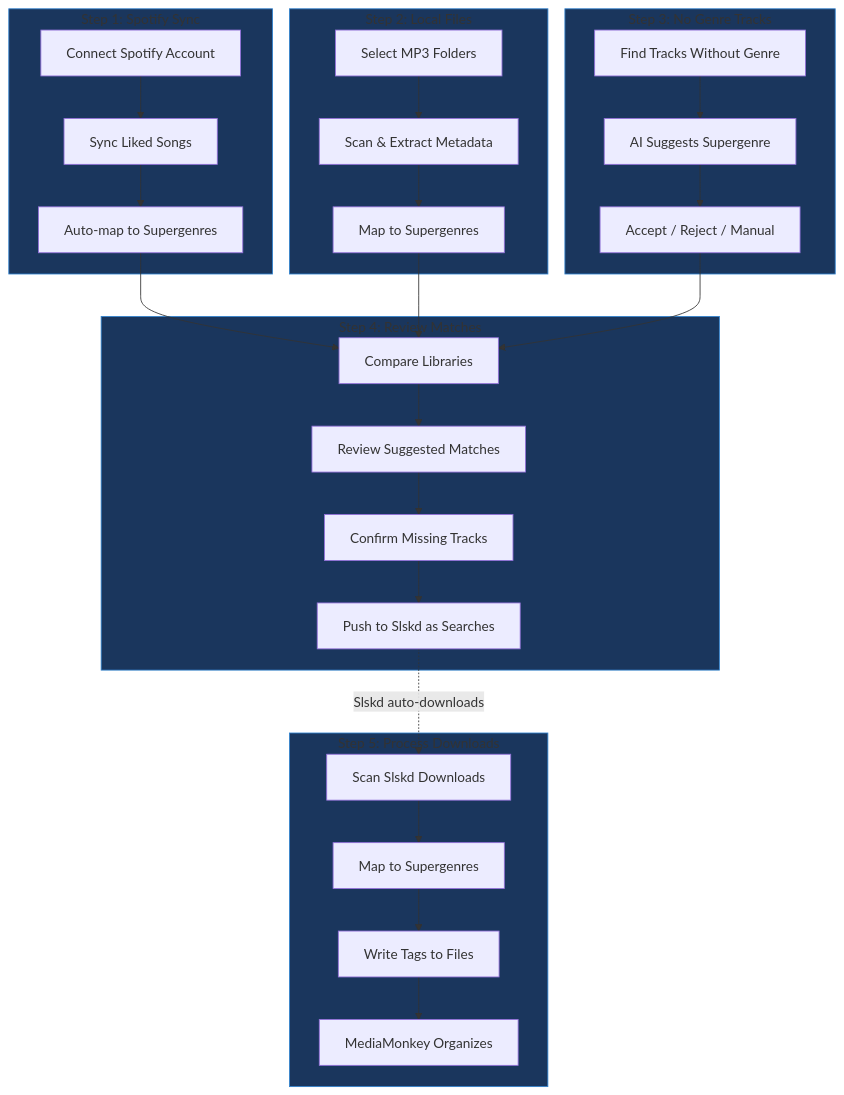
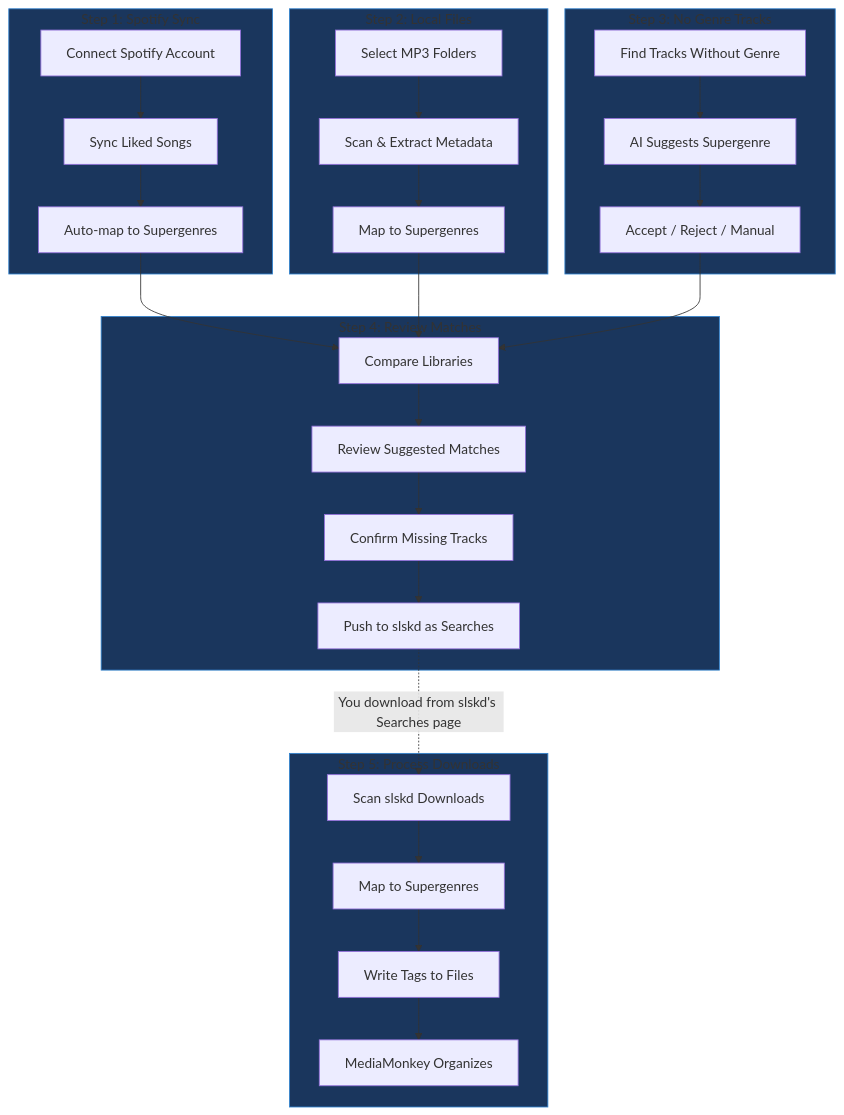
The diagram in docs/mako-sync-overview.md (gwherrett/mako-sync), drawn with Mermaid before and after one commit. The commit also changed other lines of this file and 9 other files, not shown here.

First line of the commit message:
MAK-217 Make the slskd reference the one place for setup and the push, and archive the old plan

````diff
--- a/docs/mako-sync-overview.md
+++ b/docs/mako-sync-overview.md
@@ -15,40 +15,40 @@
 ```mermaid
 flowchart TD
     subgraph step1["Step 1: Spotify Sync"]
         A[Connect Spotify Account] --> B[Sync Liked Songs]
         B --> C[Auto-map to Supergenres]
     end
 
     subgraph step2["Step 2: Local Files"]
         D[Select MP3 Folders] --> E[Scan & Extract Metadata]
         E --> F[Map to Supergenres]
     end
 
     subgraph step3["Step 3: No Genre Tracks"]
         G[Find Tracks Without Genre] --> H[AI Suggests Supergenre]
         H --> I[Accept / Reject / Manual]
     end
 
     subgraph step4["Step 4: Review Matches"]
         J[Compare Libraries] --> K[Review Suggested Matches]
         K --> K2[Confirm Missing Tracks]
-        K2 --> L[Push to Slskd as Searches]
+        K2 --> L[Push to slskd as Searches]
     end
 
     subgraph step5["Step 5: Process Downloads"]
-        M[Scan Slskd Downloads] --> N[Map to Supergenres]
+        M[Scan slskd Downloads] --> N[Map to Supergenres]
         N --> O[Write Tags to Files]
         O --> P[MediaMonkey Organizes]
     end
 
     C --> J
     F --> J
     I --> J
-    L -.->|Slskd auto-downloads| M
+    L -.->|You download from slskd's Searches page| M
 
     style step1 fill:#1a365d,stroke:#3182ce
     style step2 fill:#1a365d,stroke:#3182ce
     style step3 fill:#1a365d,stroke:#3182ce
     style step4 fill:#1a365d,stroke:#3182ce
     style step5 fill:#1a365d,stroke:#3182ce
 ```
````
